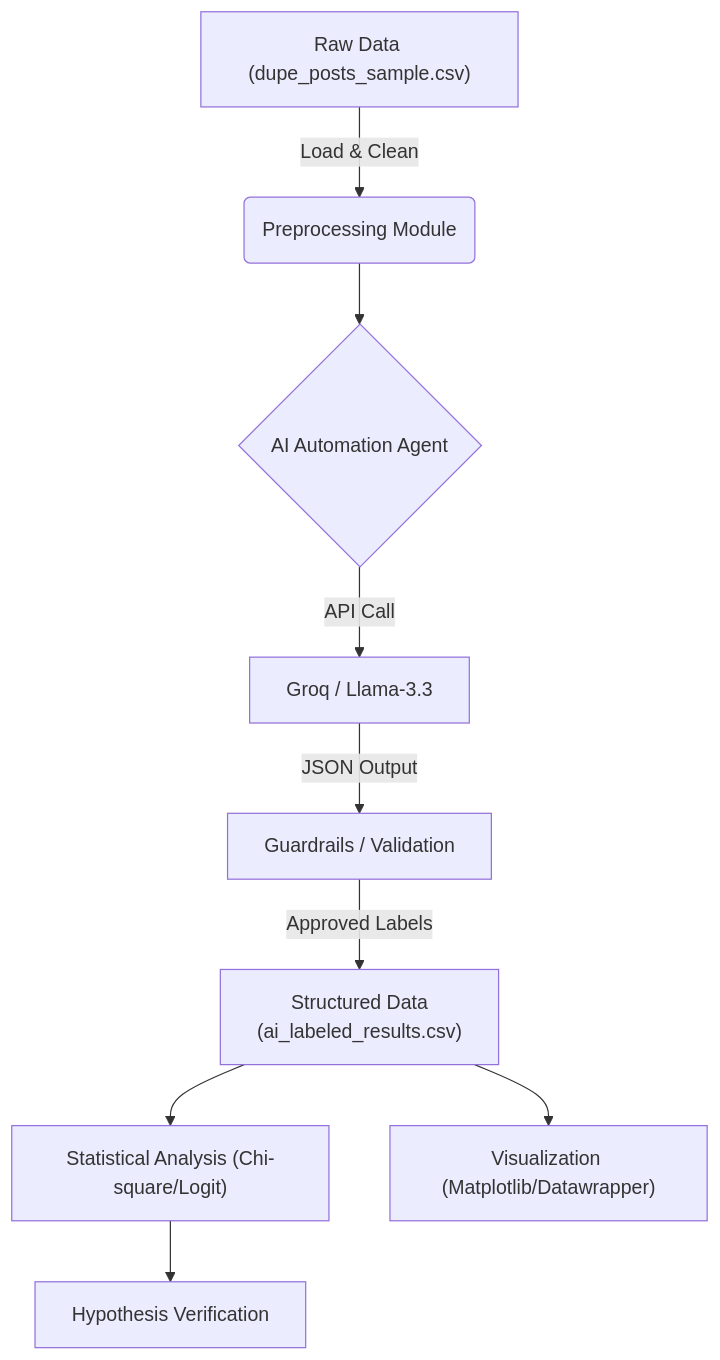
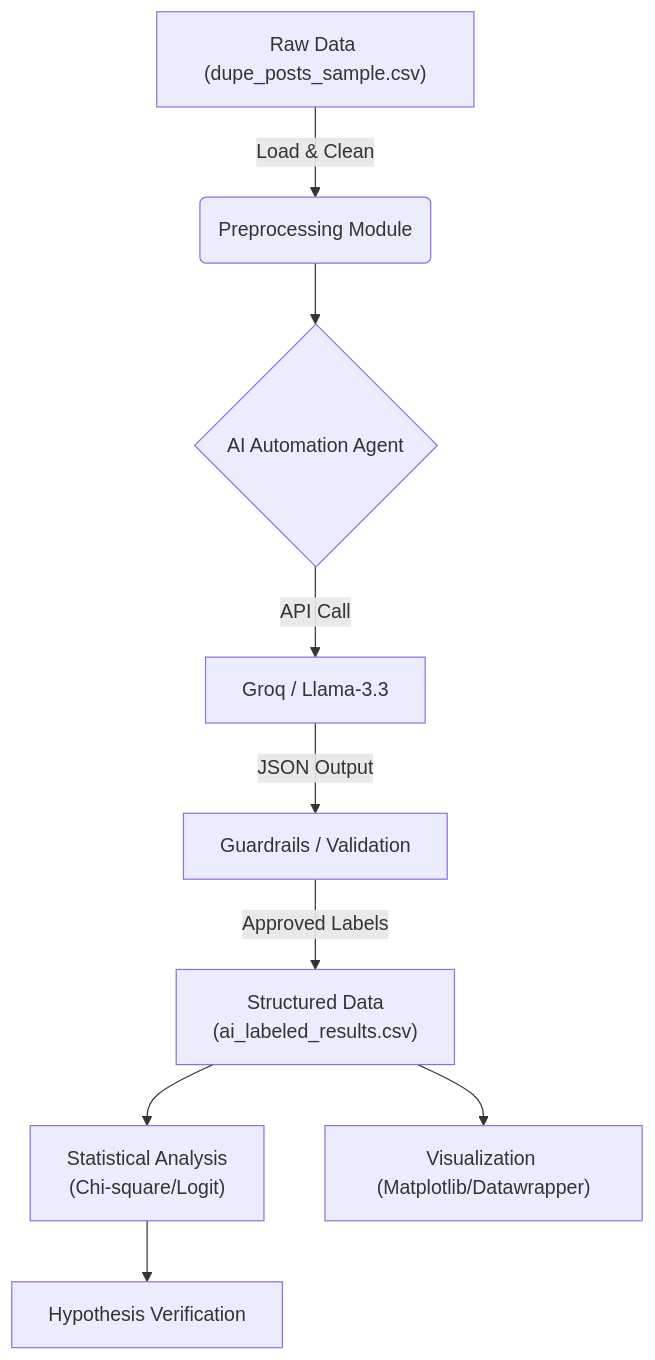
One commit to mengjenmiyalin/dupe-analysis-demo changed the diagram in README.md. Above: the diagram before and after it, drawn with Mermaid.

Commit message:
README br/ update

````diff
--- a/README.md
+++ b/README.md
@@ -51,11 +51,11 @@
 ```mermaid
 graph TD
     A["Raw Data (dupe_posts_sample.csv)"] -->|Load & Clean| B("Preprocessing Module")
     B --> C{"AI Automation Agent"}
     C -->|API Call| D["Groq / Llama-3.3"]
     D -->|JSON Output| E["Guardrails / Validation"]
     E -->|Approved Labels| F["Structured Data<br/> (ai_labeled_results.csv)"]
-    F --> G["Statistical Analysis (Chi-square/Logit)"]
+    F --> G["Statistical Analysis<br/>  (Chi-square/Logit)"]
     F --> H["Visualization (Matplotlib/Datawrapper)"]
     G --> I["Hypothesis Verification"]
 ```
````
